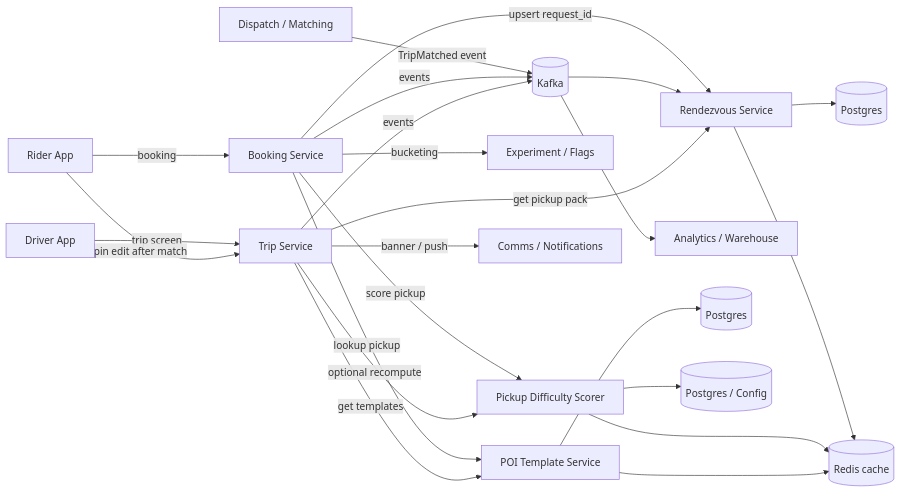
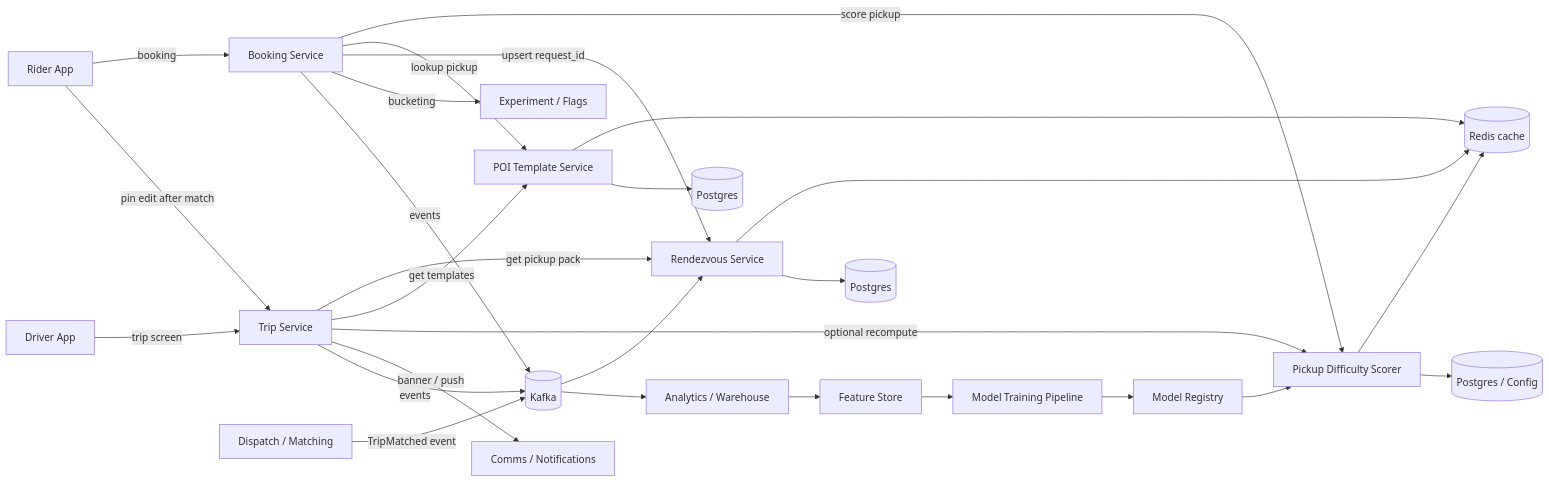
One commit to 004mayank/product-systems-explained changed the diagram in uber-reduce-post-match-cancellations-architecture.md. Above: the diagram before and after it, drawn with Mermaid. The commit also changed other lines of this file, not shown here.

Commit message:
docs: Uber reduce post-match cancellations architecture v3

````diff
--- a/uber-reduce-post-match-cancellations-architecture.md
+++ b/uber-reduce-post-match-cancellations-architecture.md
@@ -117,33 +124,38 @@
 ```mermaid
 flowchart LR
   rider["Rider App"] -->|booking| booking["Booking Service"]
   driver["Driver App"] -->|trip screen| trip["Trip Service"]
 
   booking -->|score pickup| scorer["Pickup Difficulty Scorer"]
   booking -->|lookup pickup| poi["POI Template Service"]
   booking -->|upsert request_id| rendezvous["Rendezvous Service"]
   booking -->|bucketing| exp["Experiment / Flags"]
 
   dispatch["Dispatch / Matching"] -->|TripMatched event| kafka[(Kafka)]
   kafka --> rendezvous
 
   trip -->|get pickup pack| rendezvous
   trip -->|get templates| poi
   trip -->|optional recompute| scorer
 
   trip -->|banner / push| comms["Comms / Notifications"]
 
   rider -->|pin edit after match| trip
 
   booking -->|events| kafka
   trip -->|events| kafka
   kafka --> analytics["Analytics / Warehouse"]
 
-  rendezvous --> redis[(Redis cache)]
-  scorer --> redis
+  scorer --> redis[(Redis cache)]
   poi --> redis
+  rendezvous --> redis
 
   rendezvous --> rdb[(Postgres)]
   poi --> ptdb[(Postgres)]
   scorer --> cfg[(Postgres / Config)]
+
+  analytics --> features["Feature Store"]
+  features --> trainer["Model Training Pipeline"]
+  trainer --> registry["Model Registry"]
+  registry --> scorer
 ```
````
